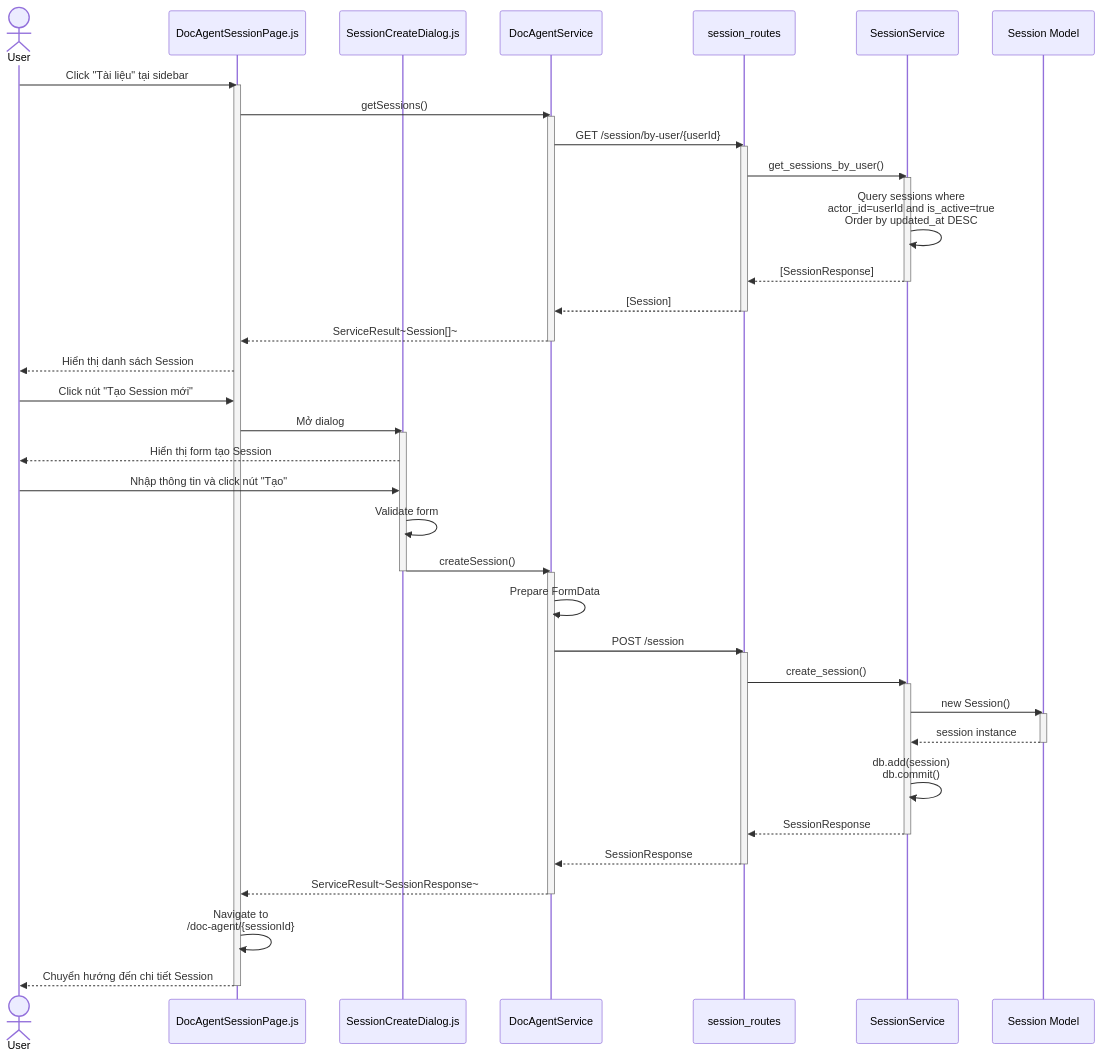
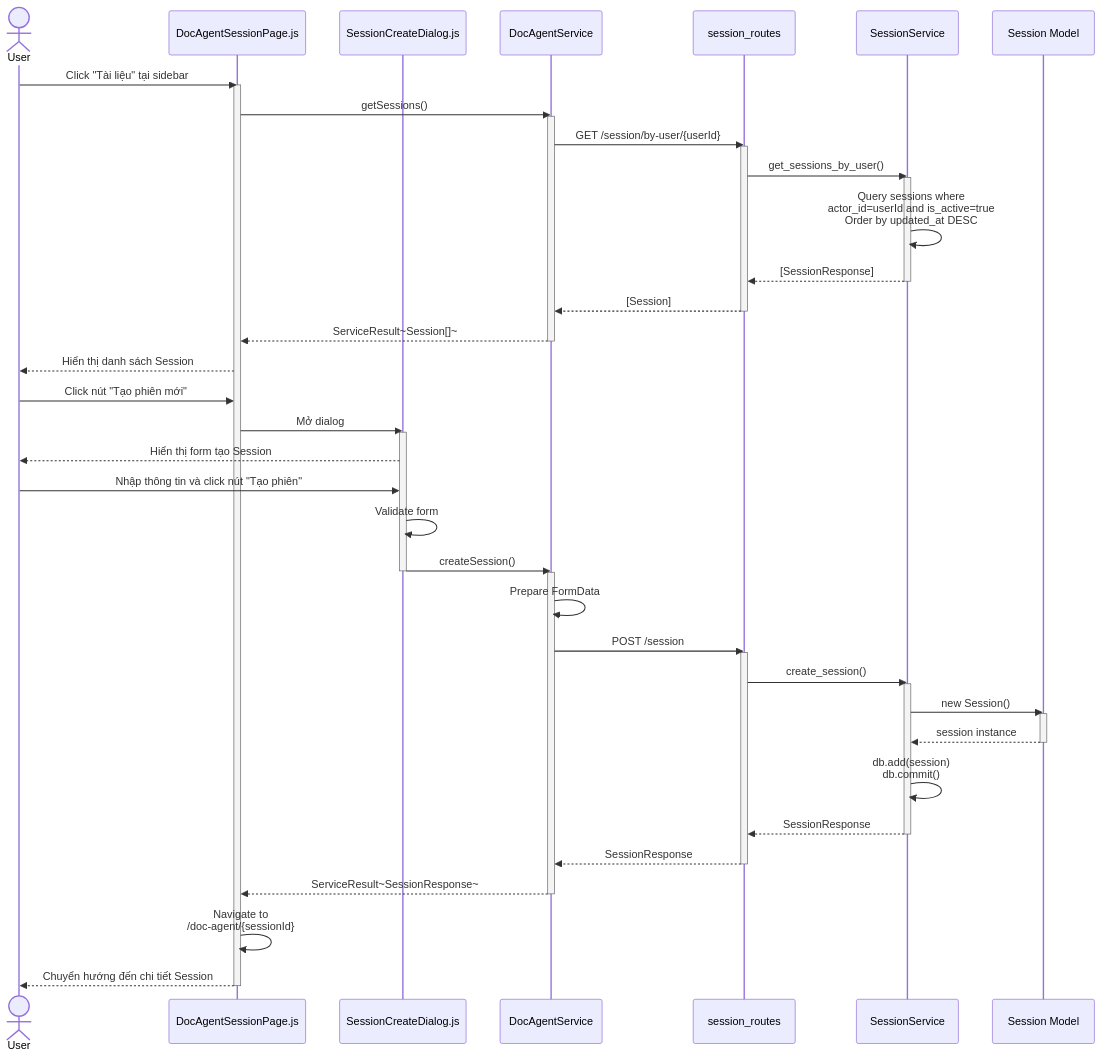
Before and after one commit to mduc-2610/gp_doc: the second of 4 diagrams in session/4_session_management_seq.md, drawn with Mermaid. The commit also changed other lines of this file and 13 other files, not shown here.

````diff
--- a/session/4_session_management_seq.md
+++ b/session/4_session_management_seq.md
@@ -45,67 +45,67 @@
 ```mermaid
 sequenceDiagram
     actor User
     participant DocAgentSessionPage as DocAgentSessionPage.js
     participant SessionCreateDialog as SessionCreateDialog.js
     participant DocAgentService as DocAgentService
     participant SessionRoutes as session_routes
     participant SessionService as SessionService
     participant SessionModel as Session Model
 
     User->>DocAgentSessionPage: Click "Tài liệu" tại sidebar
     activate DocAgentSessionPage
     
     DocAgentSessionPage->>DocAgentService: getSessions()
     activate DocAgentService
     DocAgentService->>SessionRoutes: GET /session/by-user/{userId}
     activate SessionRoutes
     SessionRoutes->>SessionService: get_sessions_by_user()
     activate SessionService
     SessionService->>SessionService: Query sessions where<br/>actor_id=userId and is_active=true<br/>Order by updated_at DESC
     SessionService-->>SessionRoutes: [SessionResponse]
     deactivate SessionService
     SessionRoutes-->>DocAgentService: [Session]
     deactivate SessionRoutes
     DocAgentService-->>DocAgentSessionPage: ServiceResult~Session[]~
     deactivate DocAgentService
     
     DocAgentSessionPage-->>User: Hiển thị danh sách Session
     
-    User->>DocAgentSessionPage: Click nút "Tạo Session mới"
+    User->>DocAgentSessionPage: Click nút "Tạo phiên mới"
     
     DocAgentSessionPage->>SessionCreateDialog: Mở dialog
     activate SessionCreateDialog
     SessionCreateDialog-->>User: Hiển thị form tạo Session
     
-    User->>SessionCreateDialog: Nhập thông tin và click nút "Tạo"
+    User->>SessionCreateDialog: Nhập thông tin và click nút "Tạo phiên"
     SessionCreateDialog->>SessionCreateDialog: Validate form
     SessionCreateDialog->>DocAgentService: createSession()
     deactivate SessionCreateDialog
     activate DocAgentService
     
     DocAgentService->>DocAgentService: Prepare FormData
     DocAgentService->>SessionRoutes: POST /session
     activate SessionRoutes
     
     SessionRoutes->>SessionService: create_session()
     activate SessionService
     
     SessionService->>SessionModel: new Session()
     activate SessionModel
     SessionModel-->>SessionService: session instance
     deactivate SessionModel
     
     SessionService->>SessionService: db.add(session)<br/>db.commit()
     SessionService-->>SessionRoutes: SessionResponse
     deactivate SessionService
     
     SessionRoutes-->>DocAgentService: SessionResponse
     deactivate SessionRoutes
     
     DocAgentService-->>DocAgentSessionPage: ServiceResult~SessionResponse~
     deactivate DocAgentService
     
     DocAgentSessionPage->>DocAgentSessionPage: Navigate to<br/>/doc-agent/{sessionId}
     DocAgentSessionPage-->>User: Chuyển hướng đến chi tiết Session
     deactivate DocAgentSessionPage
 ```
````
